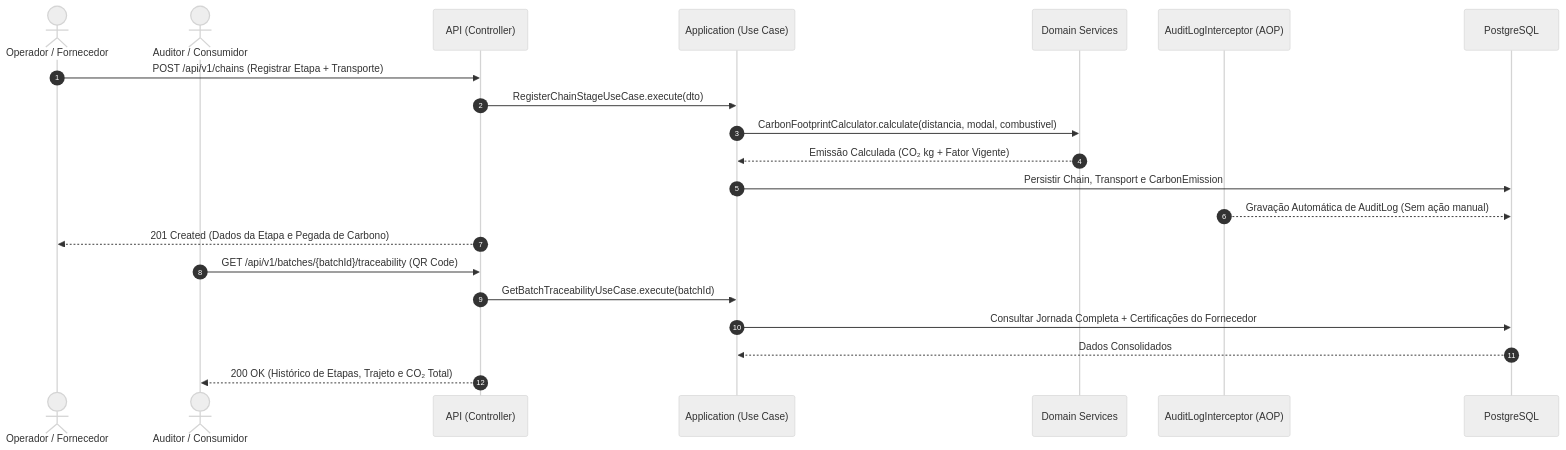
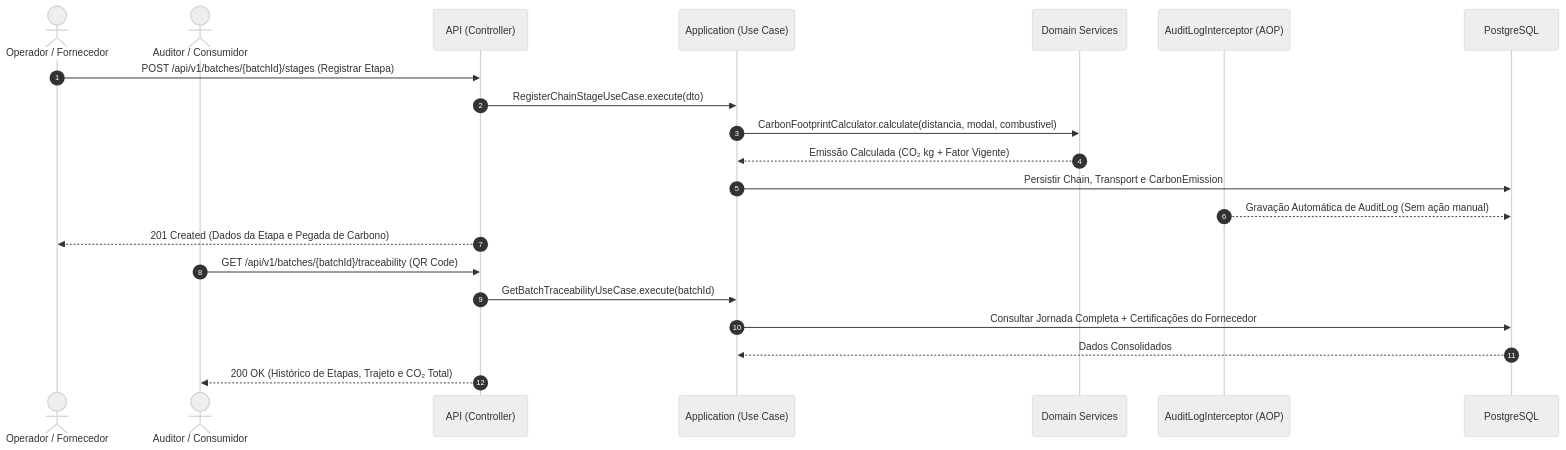
Before and after one commit to matheusnascimentods/supply-chain-verde-api: the diagram in README.md, drawn with Mermaid (neutral theme). The commit also changed other lines of this file, not shown here.

Commit message:
docs: align README with current API

````diff
--- a/README.md
+++ b/README.md
@@ -15,25 +15,25 @@
 ```mermaid
 sequenceDiagram
     autonumber
     actor User as Operador / Fornecedor
     actor Auditor as Auditor / Consumidor
     participant API as API (Controller)
     participant UC as Application (Use Case)
     participant Domain as Domain Services
     participant AOP as AuditLogInterceptor (AOP)
     participant DB as PostgreSQL
 
-    User->>API: POST /api/v1/chains (Registrar Etapa + Transporte)
+    User->>API: POST /api/v1/batches/{batchId}/stages (Registrar Etapa)
     API->>UC: RegisterChainStageUseCase.execute(dto)
     UC->>Domain: CarbonFootprintCalculator.calculate(distancia, modal, combustivel)
     Domain-->>UC: Emissão Calculada (CO₂ kg + Fator Vigente)
     UC->>DB: Persistir Chain, Transport e CarbonEmission
     AOP-->>DB: Gravação Automática de AuditLog (Sem ação manual)
     API-->>User: 201 Created (Dados da Etapa e Pegada de Carbono)
 
     Auditor->>API: GET /api/v1/batches/{batchId}/traceability (QR Code)
     API->>UC: GetBatchTraceabilityUseCase.execute(batchId)
     UC->>DB: Consultar Jornada Completa + Certificações do Fornecedor
     DB-->>UC: Dados Consolidados
     API-->>Auditor: 200 OK (Histórico de Etapas, Trajeto e CO₂ Total)
 ```
````
